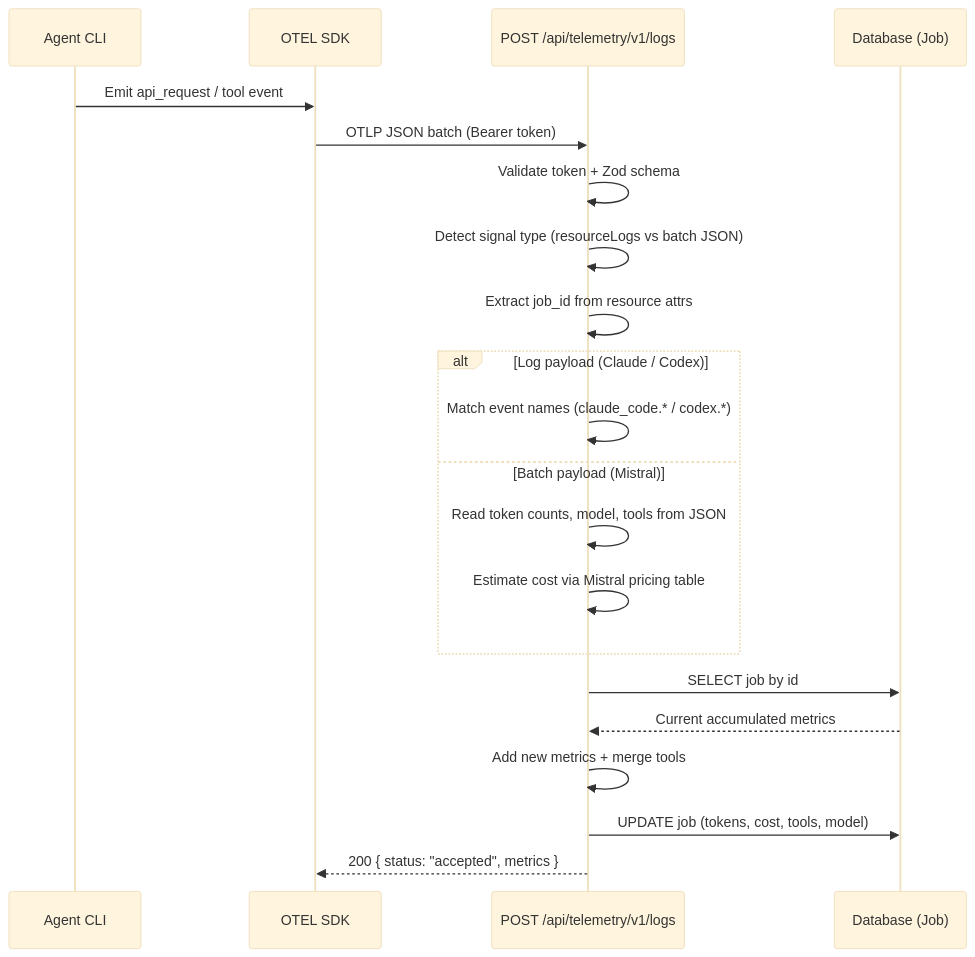
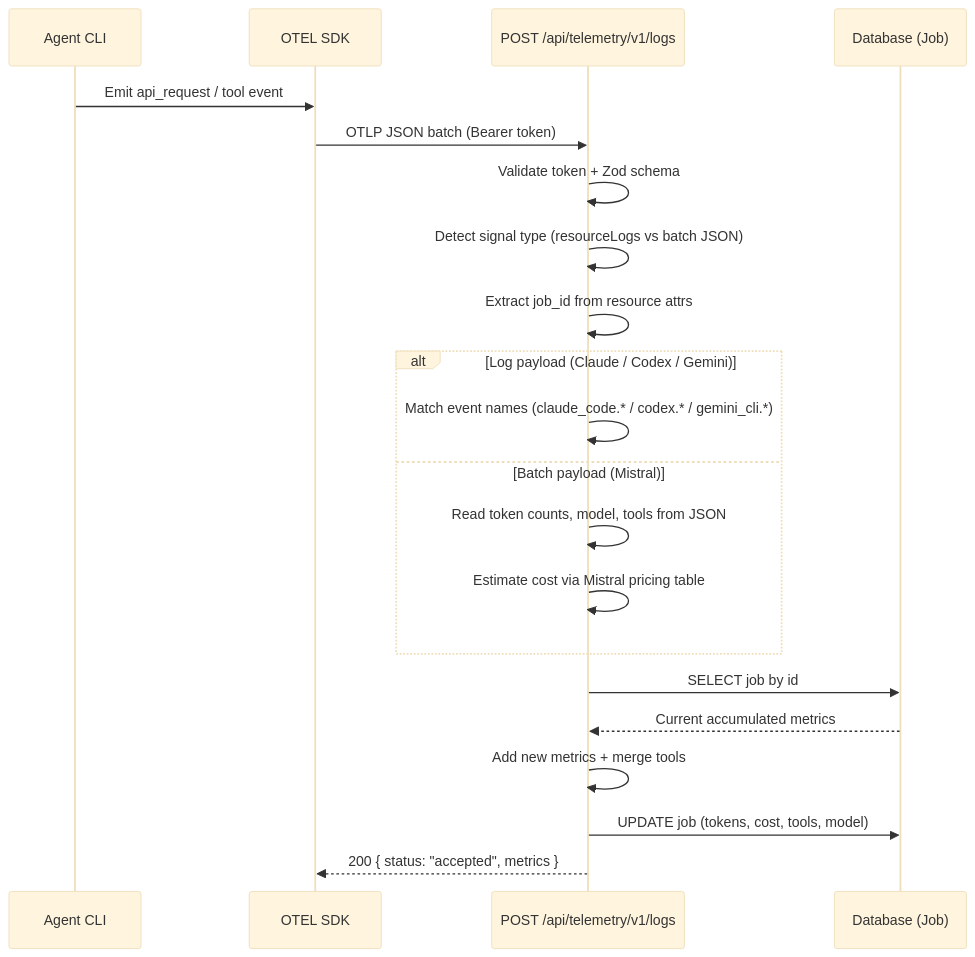
Before and after one commit to bfernandez31/ai-board: the second of 3 diagrams in specs/specifications/technical/api/endpoints.md, drawn with Mermaid (base theme). The commit also changed other lines of this file and 2 other files, not shown here.

````diff
--- a/specs/specifications/technical/api/endpoints.md
+++ b/specs/specifications/technical/api/endpoints.md
@@ -3280,24 +3311,24 @@
 ```mermaid
 sequenceDiagram
     participant AG as Agent CLI
     participant OT as OTEL SDK
     participant EP as POST /api/telemetry/v1/logs
     participant DB as Database (Job)
 
     AG->>OT: Emit api_request / tool event
     OT->>EP: OTLP JSON batch (Bearer token)
     EP->>EP: Validate token + Zod schema
     EP->>EP: Detect signal type (resourceLogs vs batch JSON)
     EP->>EP: Extract job_id from resource attrs
-    alt Log payload (Claude / Codex)
-        EP->>EP: Match event names (claude_code.* / codex.*)
+    alt Log payload (Claude / Codex / Gemini)
+        EP->>EP: Match event names (claude_code.* / codex.* / gemini_cli.*)
     else Batch payload (Mistral)
         EP->>EP: Read token counts, model, tools from JSON
         EP->>EP: Estimate cost via Mistral pricing table
     end
     EP->>DB: SELECT job by id
     DB-->>EP: Current accumulated metrics
     EP->>EP: Add new metrics + merge tools
     EP->>DB: UPDATE job (tokens, cost, tools, model)
     EP-->>OT: 200 { status: "accepted", metrics }
 ```
````
